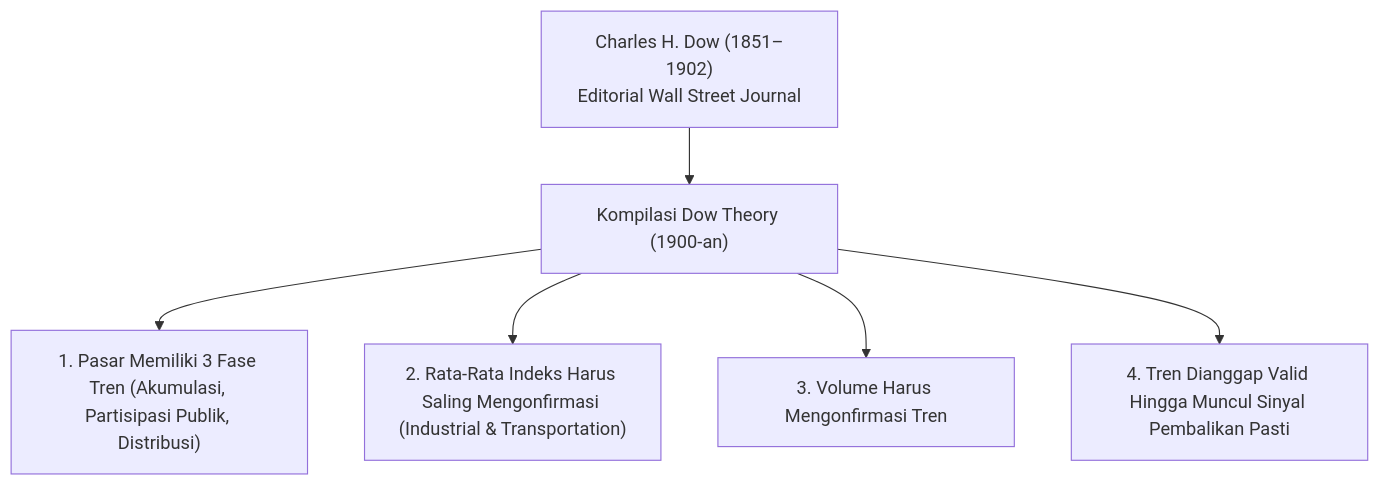
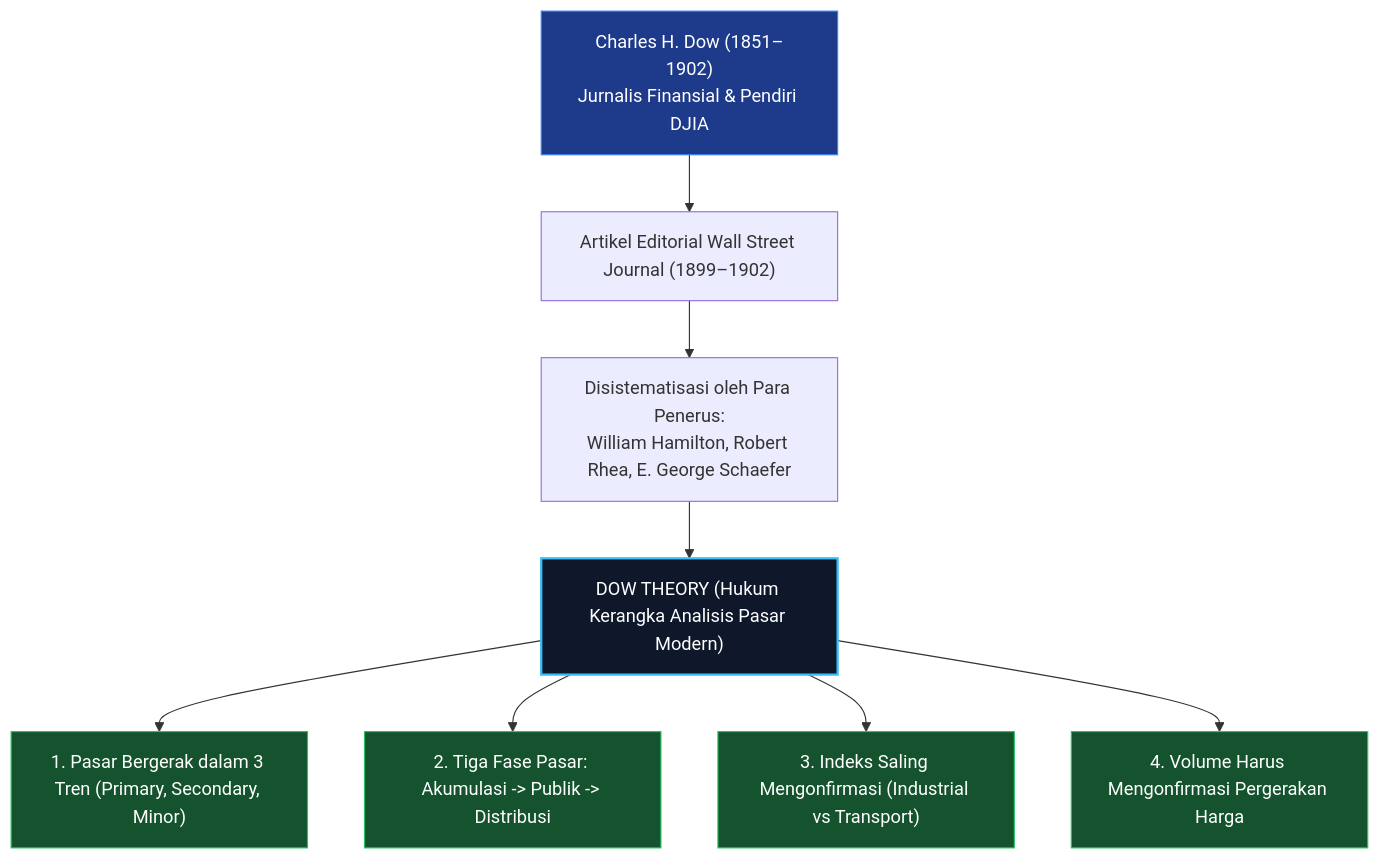
The second of 3 diagrams in docs/edianto-ong/02-sejarah-technical-analysis.md (AlulCode45/Trading-Learning-Path), drawn with Mermaid before and after one commit. The commit also changed other lines of this file and 29 other files, not shown here.

Commit message:
docs(edianto-ong): upgrade all 29 chapters with beginner analogies, diagrams, step-by-step guides, and case studies

````diff
--- a/docs/edianto-ong/02-sejarah-technical-analysis.md
+++ b/docs/edianto-ong/02-sejarah-technical-analysis.md
@@ -40,9 +76,19 @@
 ```mermaid
 flowchart TD
-    Dow["Charles H. Dow (1851–1902)<br/>Editorial Wall Street Journal"]
-    Dow --> Theory["Kompilasi Dow Theory (1900-an)"]
-    Theory --> P1["1. Pasar Memiliki 3 Fase Tren (Akumulasi, Partisipasi Publik, Distribusi)"]
-    Theory --> P2["2. Rata-Rata Indeks Harus Saling Mengonfirmasi (Industrial & Transportation)"]
-    Theory --> P3["3. Volume Harus Mengonfirmasi Tren"]
-    Theory --> P4["4. Tren Dianggap Valid Hingga Muncul Sinyal Pembalikan Pasti"]
+    CDow["Charles H. Dow (1851–1902)<br/>Jurnalis Finansial & Pendiri DJIA"]
+    CDow --> WallStreetJournal["Artikel Editorial Wall Street Journal (1899–1902)"]
+    WallStreetJournal --> Successors["Disistematisasi oleh Para Penerus:<br/>William Hamilton, Robert Rhea, E. George Schaefer"]
+    Successors --> DowTheory["DOW THEORY (Hukum Kerangka Analisis Pasar Modern)"]
+
+    DowTheory --> Law1["1. Pasar Bergerak dalam 3 Tren (Primary, Secondary, Minor)"]
+    DowTheory --> Law2["2. Tiga Fase Pasar: Akumulasi -> Publik -> Distribusi"]
+    DowTheory --> Law3["3. Indeks Saling Mengonfirmasi (Industrial vs Transport)"]
+    DowTheory --> Law4["4. Volume Harus Mengonfirmasi Pergerakan Harga"]
+
+    style CDow fill:#1e3a8a,stroke:#3b82f6,color:#ffffff
+    style DowTheory fill:#0f172a,stroke:#38bdf8,stroke-width:2px,color:#ffffff
+    style Law1 fill:#14532d,stroke:#22c55e,color:#ffffff
+    style Law2 fill:#14532d,stroke:#22c55e,color:#ffffff
+    style Law3 fill:#14532d,stroke:#22c55e,color:#ffffff
+    style Law4 fill:#14532d,stroke:#22c55e,color:#ffffff
 ```
````
